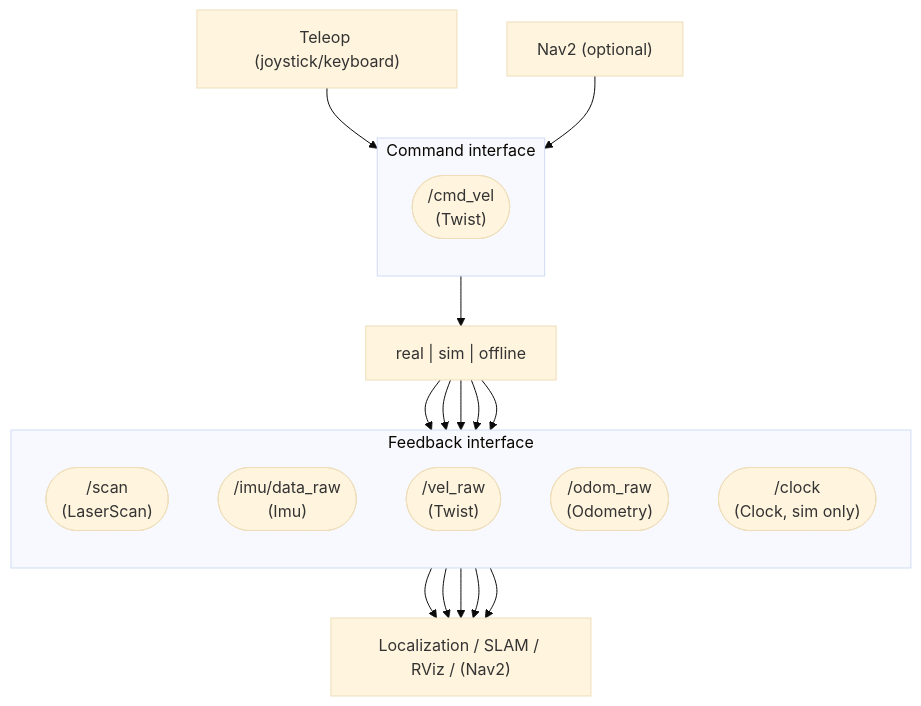
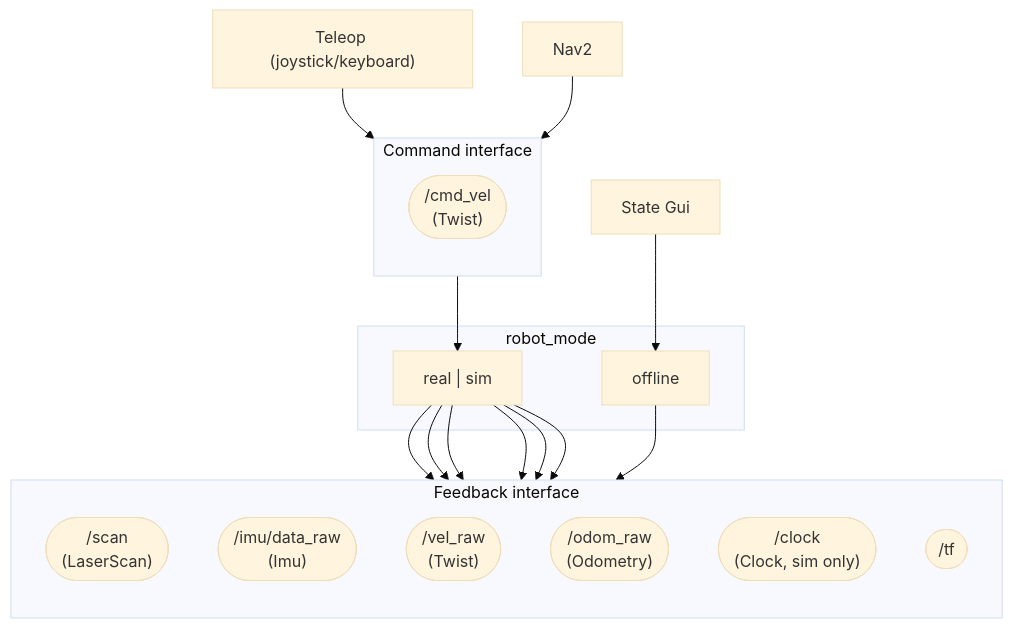
The first of 13 diagrams in README.md (Roblibs/rovi_ros_ws), drawn with Mermaid (base theme) before and after one commit. The commit also changed other lines of this file, not shown here.

````diff
--- a/README.md
+++ b/README.md
@@ -214,43 +214,44 @@
 ```mermaid
 flowchart TB
 
     TELEOP["Teleop (joystick/keyboard)"]
-    NAV2["Nav2 (optional)"]
+    NAV2["Nav2"]
+    GUI["State Gui"]
 
   subgraph L2["Command interface"]
     direction TB
     CMD(["/cmd_vel<br/>(Twist)"])
   end
 
-  BACKEND["real | sim | offline"]
-
+  subgraph L3["robot_mode"]
+    BACKEND["real | sim"]
+    OFFLINE[offline]
+  end
 
   subgraph L4["Feedback  interface"]
     direction TB
     SCAN(["/scan<br/>(LaserScan)"])
     IMU_RAW(["/imu/data_raw<br/>(Imu)"])
     VRAW(["/vel_raw<br/>(Twist)"])
     ODRAW(["/odom_raw<br/>(Odometry)"])
     CLOCK(["/clock<br/>(Clock, sim only)"])
-
+    TF(["/tf"])
   end
-
-  STACKS["Localization / SLAM / RViz / (Nav2)"]
 
   TELEOP --> CMD
   NAV2 --> CMD
+
+  GUI --> OFFLINE
 
   CMD --> BACKEND
 
   BACKEND --> SCAN
   BACKEND --> IMU_RAW
   BACKEND --> VRAW
   BACKEND --> ODRAW
   BACKEND --> CLOCK
 
-  SCAN --> STACKS
-  IMU_RAW --> STACKS
-  VRAW --> STACKS
-  ODRAW --> STACKS
-  CLOCK --> STACKS
+  BACKEND --> TF
+  OFFLINE --> TF
+
 ```
````
